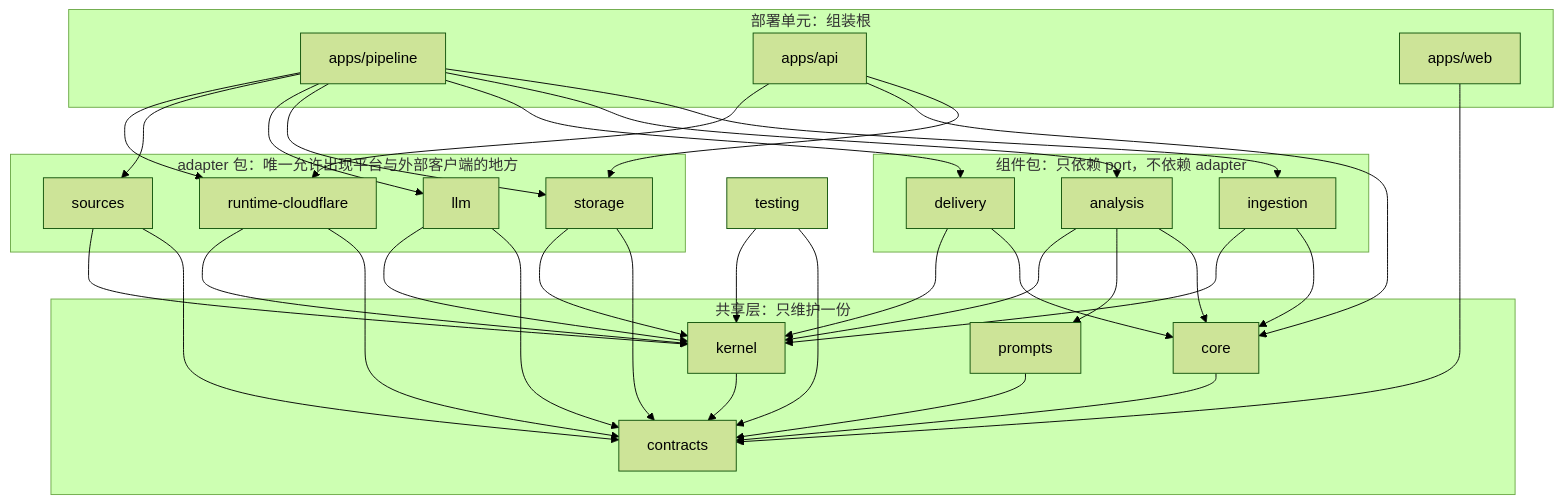
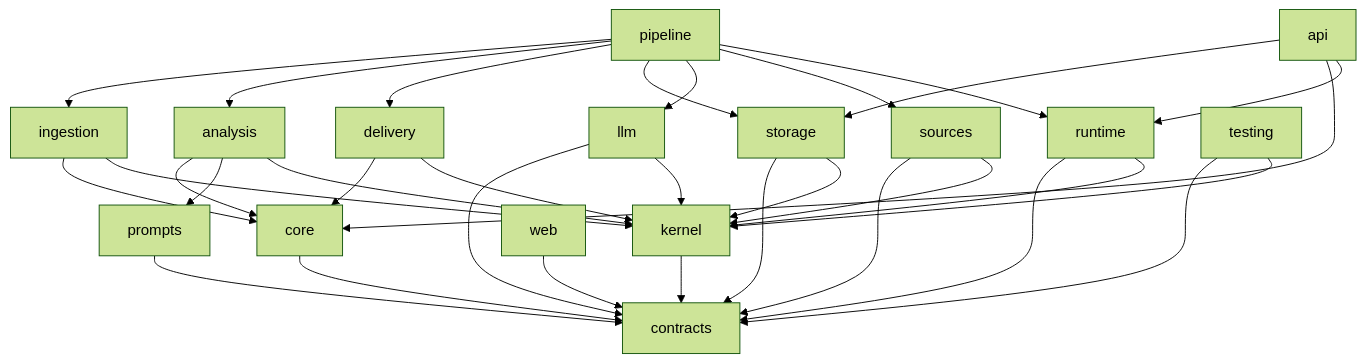
Before and after one commit to fang2hou/ai-moves: the second of 2 diagrams in docs/architecture-v1.md, drawn with Mermaid (forest theme). The commit also changed other lines of this file and 10 other files, not shown here.

````diff
--- a/docs/architecture-v1.md
+++ b/docs/architecture-v1.md
@@ -138,43 +106,35 @@
 ```mermaid
 flowchart TB
-  subgraph shared[共享层：只维护一份]
-    contracts
-    kernel --> contracts
-    core --> contracts
-    prompts --> contracts
-  end
-  subgraph adapters[adapter 包：唯一允许出现平台与外部客户端的地方]
-    storage --> contracts
-    storage --> kernel
-    llm --> contracts
-    llm --> kernel
-    sources --> contracts
-    sources --> kernel
-    rcf[runtime-cloudflare] --> contracts
-    rcf --> kernel
-  end
-  subgraph components[组件包：只依赖 port，不依赖 adapter]
-    ingestion --> core
-    ingestion --> kernel
-    analysis --> core
-    analysis --> prompts
-    analysis --> kernel
-    delivery --> core
-    delivery --> kernel
-  end
-  subgraph deploy[部署单元：组装根]
-    pipeline[apps/pipeline] --> ingestion
-    pipeline --> analysis
-    pipeline --> delivery
-    pipeline --> storage
-    pipeline --> llm
-    pipeline --> sources
-    pipeline --> rcf
-    api[apps/api] --> storage
-    api --> core
-    api --> rcf
-    web[apps/web] --> contracts
-  end
+  contracts
+  kernel --> contracts
+  core --> contracts
+  prompts --> contracts
+  storage --> contracts
+  storage --> kernel
+  llm --> contracts
+  llm --> kernel
+  sources --> contracts
+  sources --> kernel
+  runtime --> contracts
+  runtime --> kernel
+  ingestion --> core
+  ingestion --> kernel
+  analysis --> core
+  analysis --> prompts
+  analysis --> kernel
+  delivery --> core
+  delivery --> kernel
+  pipeline --> ingestion
+  pipeline --> analysis
+  pipeline --> delivery
+  pipeline --> storage
+  pipeline --> llm
+  pipeline --> sources
+  pipeline --> runtime
+  api --> storage
+  api --> core
+  api --> runtime
+  web --> contracts
   testing --> contracts
   testing --> kernel
 ```
````
